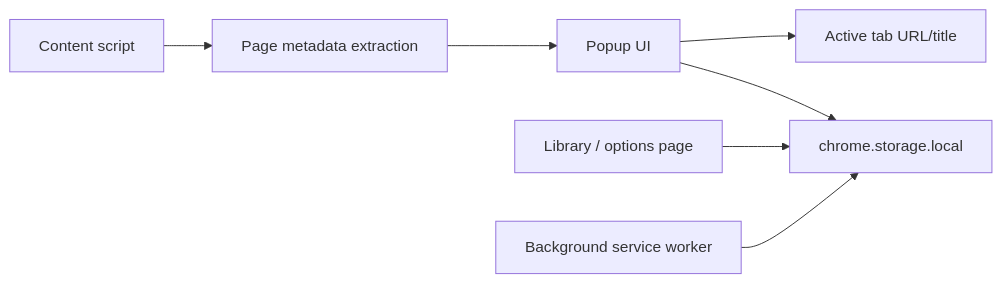
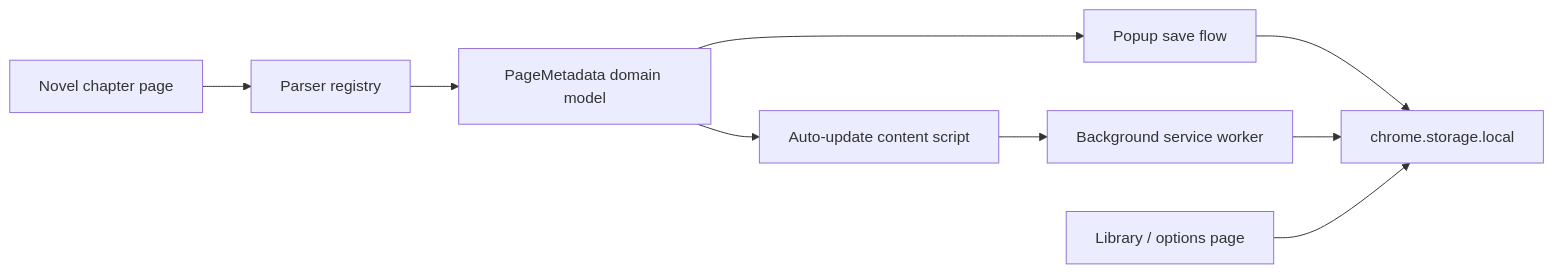
Before and after one commit to biswashghi/novel_tracker: the diagram in README.md, drawn with Mermaid. The commit also changed other lines of this file and 21 other files, not shown here.

````diff
--- a/README.md
+++ b/README.md
@@ -25,9 +70,11 @@
 ```mermaid
 flowchart LR
-    Popup["Popup UI"] --> Storage["chrome.storage.local"]
+    Page["Novel chapter page"] --> Parser["Parser registry"]
+    Parser --> Metadata["PageMetadata domain model"]
+    Metadata --> Popup["Popup save flow"]
+    Metadata --> Content["Auto-update content script"]
+    Content --> Background["Background service worker"]
+    Popup --> Storage["chrome.storage.local"]
+    Background --> Storage
     Options["Library / options page"] --> Storage
-    Content["Content script"] --> Metadata["Page metadata extraction"]
-    Metadata --> Popup
-    Background["Background service worker"] --> Storage
-    Popup --> Tabs["Active tab URL/title"]
 ```
````
